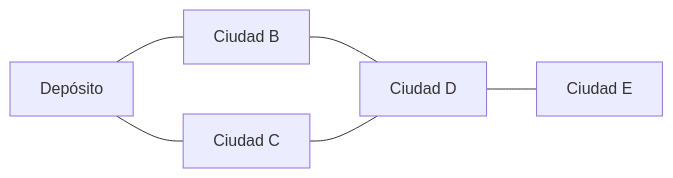
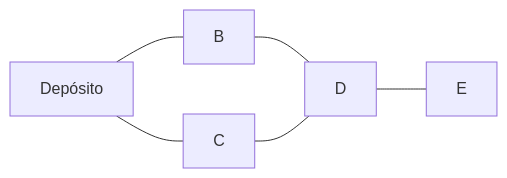
One commit to NICORUIZ93/The_Imperial_Book changed the seventh of 8 diagrams in web/public/content/foundations/modulo-2.md. Above: the diagram before and after it, drawn with Mermaid. The commit also changed other lines of this file, not shown here.

````diff
--- a/web/public/content/foundations/modulo-2.md
+++ b/web/public/content/foundations/modulo-2.md
@@ -610,8 +2061,8 @@
 ```mermaid
 graph LR
-    A[Depósito] --- B[Ciudad B]
-    A --- C[Ciudad C]
-    B --- D[Ciudad D]
+    DEP["Depósito"] --- B["B"]
+    DEP --- C["C"]
+    B --- D["D"]
     C --- D
-    D --- E[Ciudad E]
+    D --- E["E"]
 ```
````
